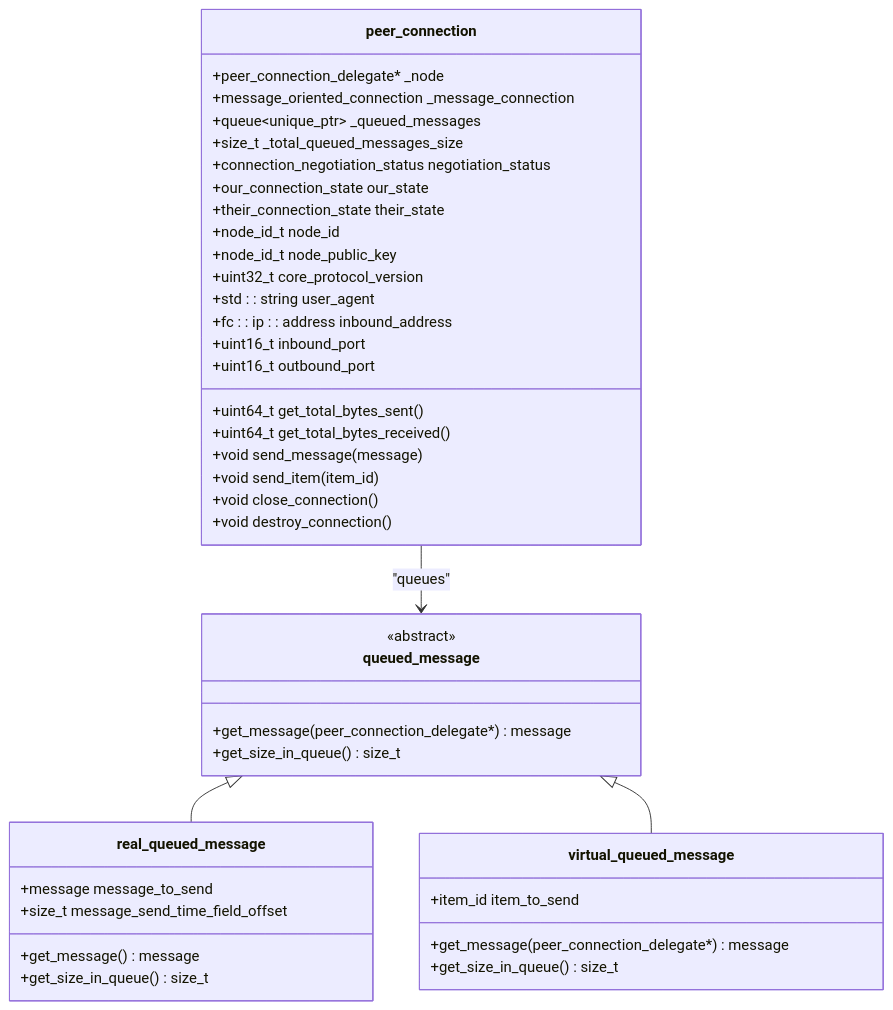
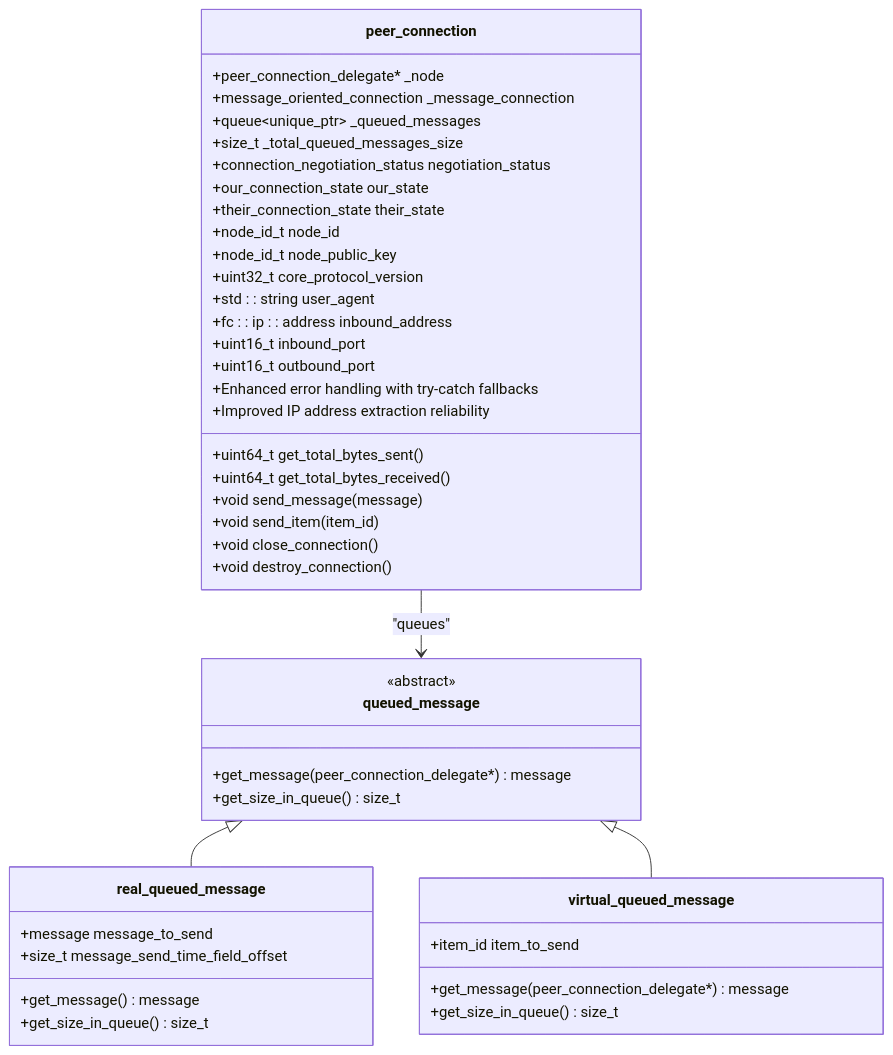
Before and after one commit to VIZ-Blockchain/viz-cpp-node: the third of 9 diagrams in .qoder/repowiki/en/content/Architecture Overview/Core Libraries/Network Library/Peer Connection Management.md, drawn with Mermaid. The commit also changed other lines of this file and 3 other files, not shown here.

````diff
--- a/.qoder/repowiki/en/content/Architecture Overview/Core Libraries/Network Library/Peer Connection Management.md
+++ b/.qoder/repowiki/en/content/Architecture Overview/Core Libraries/Network Library/Peer Connection Management.md
@@ -159,44 +168,46 @@
 ```mermaid
 classDiagram
 class peer_connection {
 +peer_connection_delegate* _node
 +message_oriented_connection _message_connection
 +queue~unique_ptr~ _queued_messages
 +size_t _total_queued_messages_size
 +connection_negotiation_status negotiation_status
 +our_connection_state our_state
 +their_connection_state their_state
 +node_id_t node_id
 +node_id_t node_public_key
 +uint32_t core_protocol_version
 +std : : string user_agent
 +fc : : ip : : address inbound_address
 +uint16_t inbound_port
 +uint16_t outbound_port
 +uint64_t get_total_bytes_sent()
 +uint64_t get_total_bytes_received()
 +void send_message(message)
 +void send_item(item_id)
 +void close_connection()
 +void destroy_connection()
++Enhanced error handling with try-catch fallbacks
++Improved IP address extraction reliability
 }
 class queued_message {
 <<abstract>>
 +get_message(peer_connection_delegate*) message
 +get_size_in_queue() size_t
 }
 class real_queued_message {
 +message message_to_send
 +size_t message_send_time_field_offset
 +get_message() message
 +get_size_in_queue() size_t
 }
 class virtual_queued_message {
 +item_id item_to_send
 +get_message(peer_connection_delegate*) message
 +get_size_in_queue() size_t
 }
 peer_connection --> queued_message : "queues"
 queued_message <|-- real_queued_message
 queued_message <|-- virtual_queued_message
 ```
````
